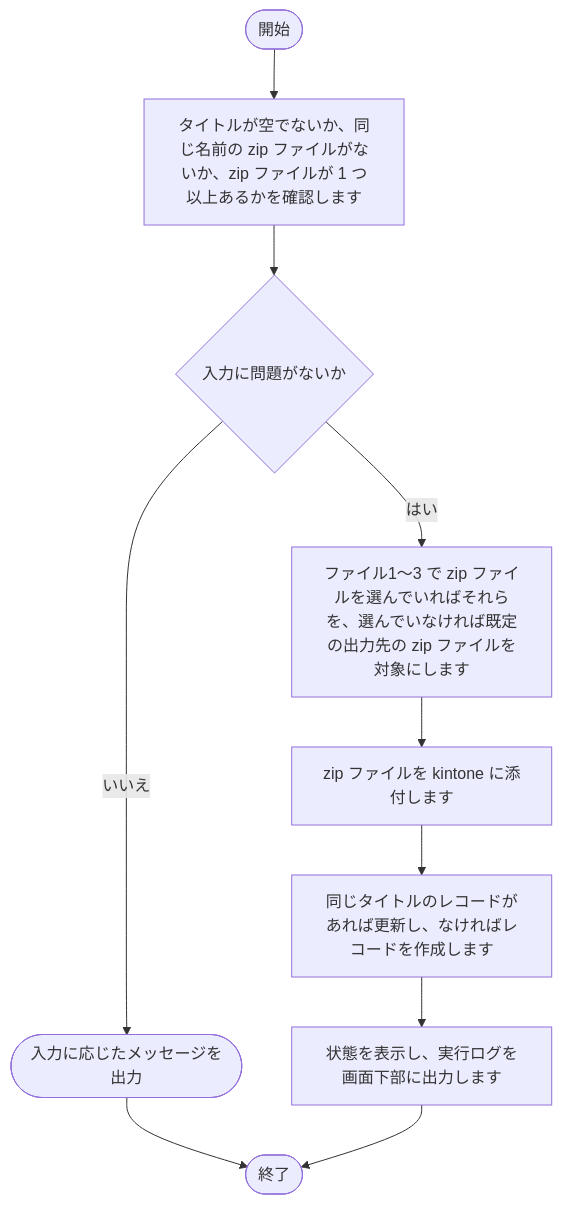
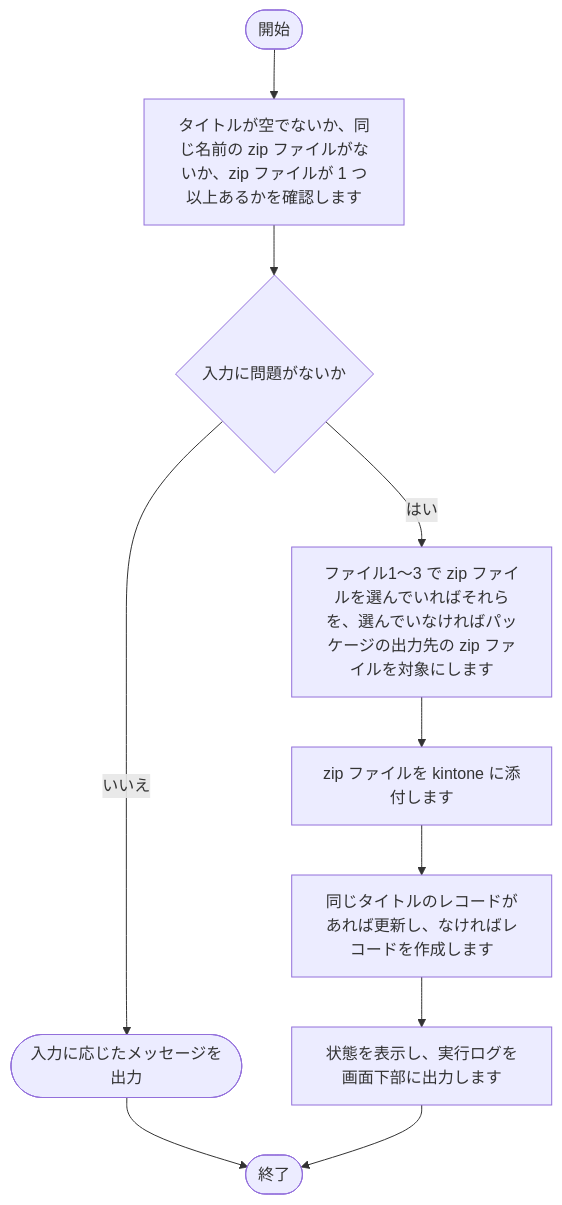
The third of 13 diagrams in tool/package-generator/doc/02_設計/処理フロー.md (nishida2073/project_management), drawn with Mermaid before and after one commit. The commit also changed other lines of this file and 22 other files, not shown here.

````diff
--- a/tool/package-generator/doc/02_設計/処理フロー.md
+++ b/tool/package-generator/doc/02_設計/処理フロー.md
@@ -103,21 +103,21 @@
 ```mermaid
 flowchart TD
     S(["開始"])
     E(["終了"])
     N1["タイトルが空でないか、同じ名前の zip ファイルがないか、zip ファイルが 1 つ以上あるかを確認します"]
     S --> N1
     N2{"入力に問題がないか"}
     N1 --> N2
     X1(["入力に応じたメッセージを出力"])
     N2 -- いいえ --> X1
     X1 --> E
-    N3["ファイル1〜3 で zip ファイルを選んでいればそれらを、選んでいなければ既定の出力先の zip ファイルを対象にします"]
+    N3["ファイル1〜3 で zip ファイルを選んでいればそれらを、選んでいなければパッケージの出力先の zip ファイルを対象にします"]
     N2 -- はい --> N3
     N4["zip ファイルを kintone に添付します"]
     N3 --> N4
     N5["同じタイトルのレコードがあれば更新し、なければレコードを作成します"]
     N4 --> N5
     N6["状態を表示し、実行ログを画面下部に出力します"]
     N5 --> N6
     N6 --> E
 ```
````
